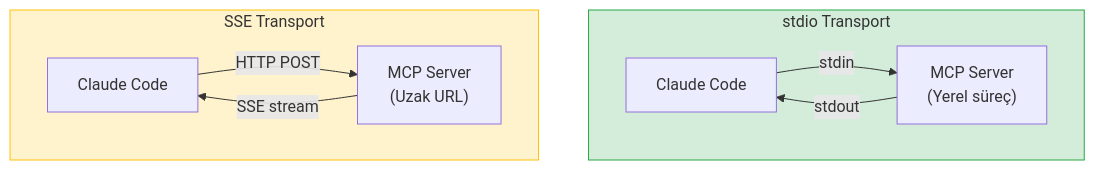
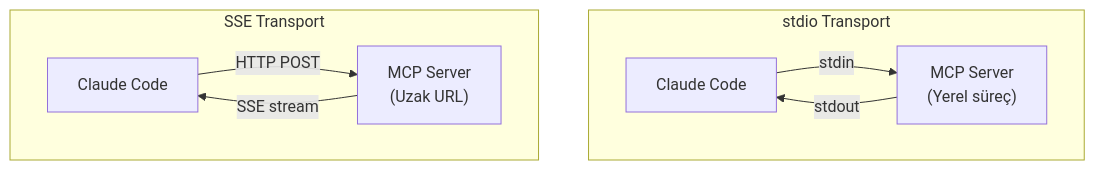
Before and after one commit to IzzetYasinAtes/ClaudeCodeHandbook: the fifth of 8 diagrams in 11-mcp/01-mcp-nedir.md, drawn with Mermaid. The commit also changed other lines of this file and 97 other files, not shown here.

Commit message:
Remove all custom Mermaid style/fill colors from 98 markdown files for consistent dark theme rendering

````diff
--- a/11-mcp/01-mcp-nedir.md
+++ b/11-mcp/01-mcp-nedir.md
@@ -213,17 +207,15 @@
 ```mermaid
 flowchart TD
     subgraph stdio_transport ["stdio Transport"]
         direction LR
         CC1["Claude Code"] -->|"stdin"| SP["MCP Server<br/>(Yerel süreç)"]
         SP -->|"stdout"| CC1
     end
 
     subgraph sse_transport ["SSE Transport"]
         direction LR
         CC2["Claude Code"] -->|"HTTP POST"| RS["MCP Server<br/>(Uzak URL)"]
         RS -->|"SSE stream"| CC2
     end
 
-    style stdio_transport fill:#d4edda,stroke:#28a745
-    style sse_transport fill:#fff3cd,stroke:#ffc107
 ```
````
